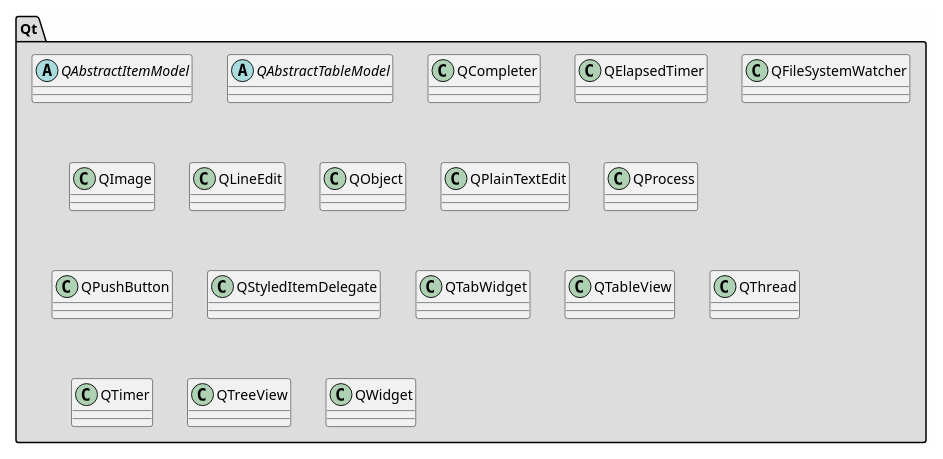
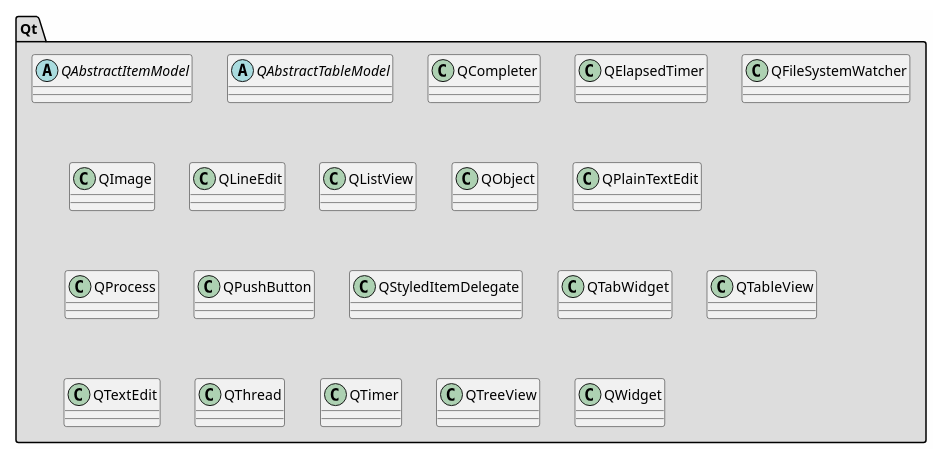
One commit to svlad-90/DLT-Message-Analyzer changed the diagram in md/dev_docs/puml/Qt_standalone.puml. Above: the diagram before and after it, drawn with PlantUML. The commit also changed 93 other files, not shown here.

```diff
--- a/md/dev_docs/puml/Qt_standalone.puml
+++ b/md/dev_docs/puml/Qt_standalone.puml
@@ -2,82 +2,90 @@
 @startuml
 
 skinparam backgroundColor #FEFEFE
 skinparam wrapWidth 600
 package "Qt" #DDDDDD
 {
 
 abstract class "QAbstractItemModel"
 {
 }
 
 abstract class "QAbstractTableModel"
 {
 }
 
 class "QCompleter"
 {
 }
 
 class "QElapsedTimer"
 {
 }
 
 class "QFileSystemWatcher"
 {
 }
 
 class "QImage"
 {
 }
 
 class "QLineEdit"
 {
 }
 
+class "QListView"
+{
+}
+
 class "QObject"
 {
 }
 
 class "QPlainTextEdit"
 {
 }
 
 class "QProcess"
 {
 }
 
 class "QPushButton"
 {
 }
 
 class "QStyledItemDelegate"
 {
 }
 
 class "QTabWidget"
 {
 }
 
 class "QTableView"
 {
 }
 
+class "QTextEdit"
+{
+}
+
 class "QThread"
 {
 }
 
 class "QTimer"
 {
 }
 
 class "QTreeView"
 {
 }
 
 class "QWidget"
 {
 }
 
 }
 
 @enduml
```
